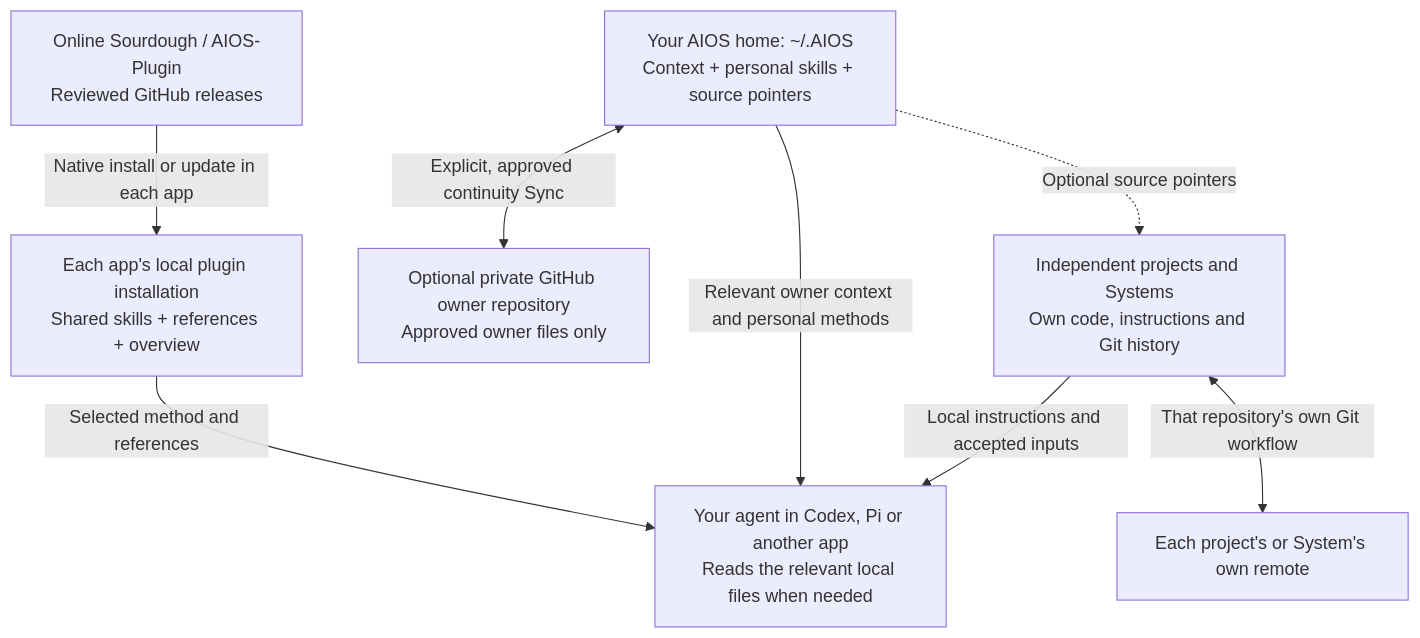
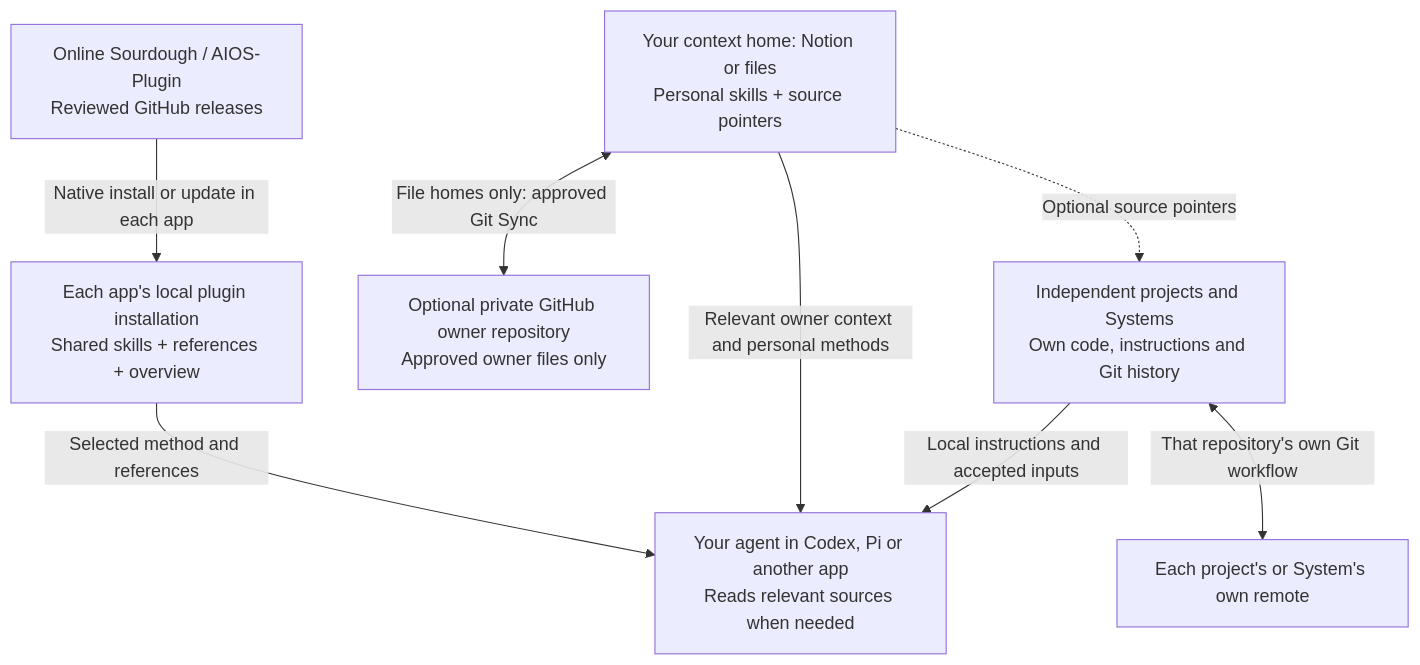
The diagram in README.md (onlinesourdough/AIOS-Plugin), drawn with Mermaid before and after one commit. The commit also changed other lines of this file and 27 other files, not shown here.

Commit message:
Add optional Notion context home preview

````diff
--- a/README.md
+++ b/README.md
@@ -274,17 +282,17 @@
 ```mermaid
 flowchart TB
     upstream["Online Sourdough / AIOS-Plugin<br/>Reviewed GitHub releases"]
     installed["Each app's local plugin installation<br/>Shared skills + references + overview"]
-    agent["Your agent in Codex, Pi or another app<br/>Reads the relevant local files when needed"]
-    personal["Your AIOS home: ~/.AIOS<br/>Context + personal skills + source pointers"]
+    agent["Your agent in Codex, Pi or another app<br/>Reads relevant sources when needed"]
+    personal["Your context home: Notion or files<br/>Personal skills + source pointers"]
     backup["Optional private GitHub owner repository<br/>Approved owner files only"]
     project["Independent projects and Systems<br/>Own code, instructions and Git history"]
     projectremote["Each project's or System's own remote"]
     upstream -->|"Native install or update in each app"| installed
     installed -->|"Selected method and references"| agent
     personal -->|"Relevant owner context and personal methods"| agent
-    personal <-->|"Explicit, approved continuity Sync"| backup
+    personal <-->|"File homes only: approved Git Sync"| backup
     personal -.->|"Optional source pointers"| project
     project -->|"Local instructions and accepted inputs"| agent
     project <-->|"That repository's own Git workflow"| projectremote
 ```
````
